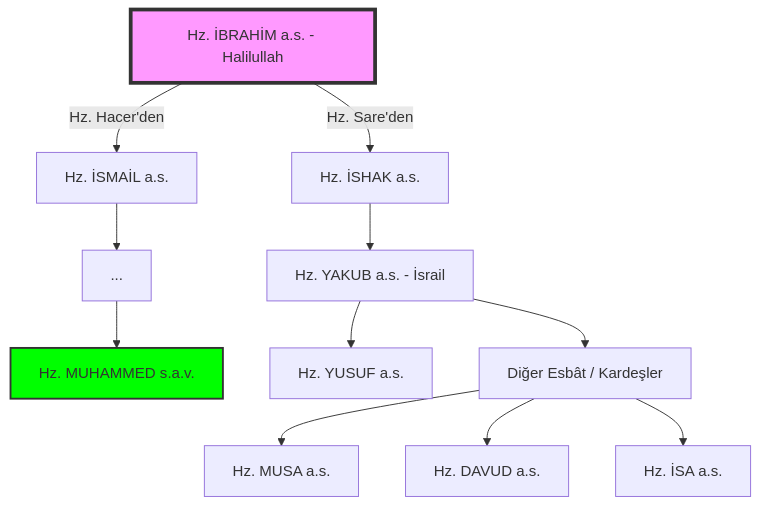
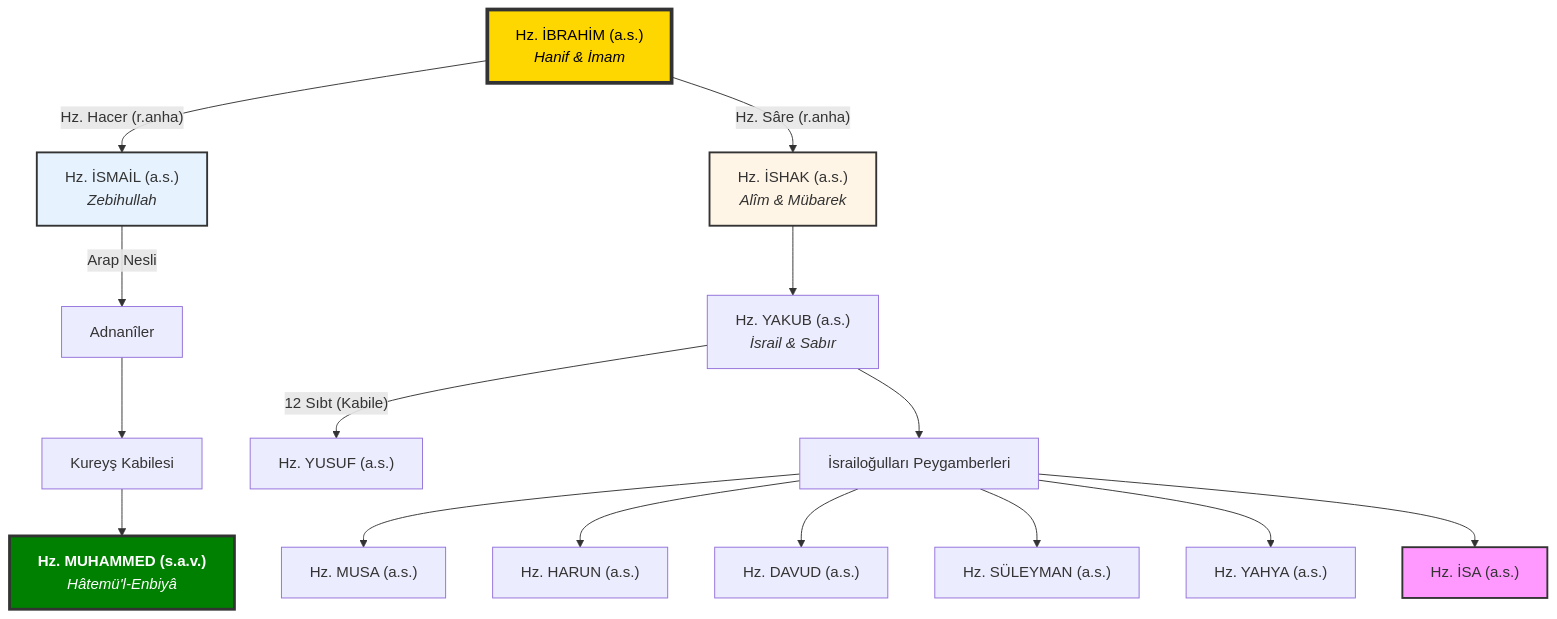
Before and after one commit to arch-yunus/millet-i-ibrahim: the diagram in 04_secere_ve_tarih/ibrahim_ailesi_soy_agaci.md, drawn with Mermaid. The commit also changed other lines of this file and 7 other files, not shown here.

Commit message:
Comprehensive repository expansion: Deepened conceptual framework, added new Ayet analyses (Sad 48), and enhanced family tree with Mermaid diagrams

````diff
--- a/04_secere_ve_tarih/ibrahim_ailesi_soy_agaci.md
+++ b/04_secere_ve_tarih/ibrahim_ailesi_soy_agaci.md
@@ -14,21 +14,32 @@
 ```mermaid
 graph TD
-    Ibrahim[Hz. İBRAHİM a.s. - Halilullah]
+    %% Ana Gövde
+    Ibrahim["Hz. İBRAHİM (a.s.) <br/> <i>Hanif & İmam</i>"]
     
-    Ibrahim -- Hz. Hacer'den --> Ismail[Hz. İSMAİL a.s.]
-    Ibrahim -- Hz. Sare'den --> Ishak[Hz. İSHAK a.s.]
+    %% Hicaz Kolu
+    Ibrahim -- "Hz. Hacer (r.anha)" --> Ismail["Hz. İSMAİL (a.s.) <br/> <i>Zebihullah</i>"]
+    Ismail -- "Arap Nesli" --> Adnan["Adnanîler"]
+    Adnan --> Kureys["Kureyş Kabilesi"]
+    Kureys --> Muhammet["<b>Hz. MUHAMMED (s.a.v.)</b> <br/> <i>Hâtemü'l-Enbiyâ</i>"]
     
-    Ismail --> Adnan[...] --> Muhammet[Hz. MUHAMMED s.a.v.]
+    %% Kenan / Filistin Kolu
+    Ibrahim -- "Hz. Sâre (r.anha)" --> Ishak["Hz. İSHAK (a.s.) <br/> <i>Alîm & Mübarek</i>"]
+    Ishak --> Yakub["Hz. YAKUB (a.s.) <br/> <i>İsrail & Sabır</i>"]
     
-    Ishak --> Yakub[Hz. YAKUB a.s. - İsrail]
+    Yakub -- "12 Sıbt (Kabile)" --> Yusuf["Hz. YUSUF (a.s.)"]
+    Yakub --> Esbat["İsrailoğulları Peygamberleri"]
     
-    Yakub --> Yusuf[Hz. YUSUF a.s.]
-    Yakub --> Esbat[Diğer Esbât / Kardeşler]
-    
-    Esbat --> Musa[Hz. MUSA a.s.]
-    Esbat --> Davud[Hz. DAVUD a.s.]
-    Esbat --> Isa[Hz. İSA a.s.]
-    
-    style Ibrahim fill:#f9f,stroke:#333,stroke-width:4px
-    style Muhammet fill:#00ff00,stroke:#333,stroke-width:2px
+    Esbat --> Musa["Hz. MUSA (a.s.)"]
+    Esbat --> Harun["Hz. HARUN (a.s.)"]
+    Esbat --> Davud["Hz. DAVUD (a.s.)"]
+    Esbat --> Suleyman["Hz. SÜLEYMAN (a.s.)"]
+    Esbat --> Yahya["Hz. YAHYA (a.s.)"]
+    Esbat --> Isa["Hz. İSA (a.s.)"]
+
+    %% Stiller
+    style Ibrahim fill:#ffd700,stroke:#333,stroke-width:4px,color:#000
+    style Muhammet fill:#008000,stroke:#333,stroke-width:3px,color:#fff
+    style Ismail fill:#e6f3ff,stroke:#333,stroke-width:2px
+    style Ishak fill:#fff5e6,stroke:#333,stroke-width:2px
+    style Isa fill:#f9f,stroke:#333,stroke-width:2px
 ```
````
